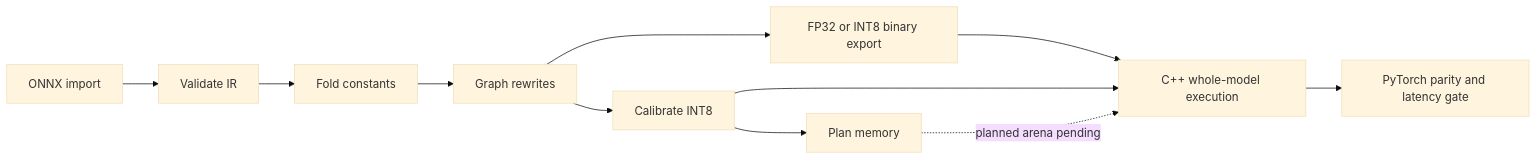
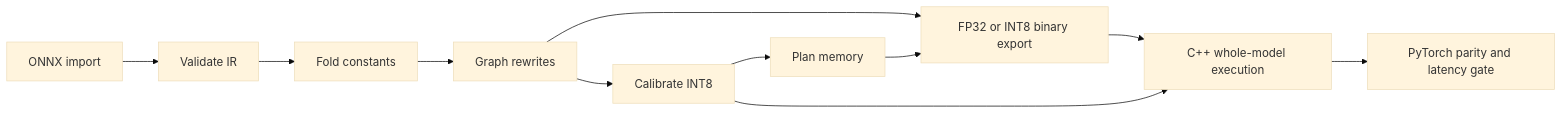
One commit to Nbit-51/Leaf changed the second of 2 diagrams in README.md. Above: the diagram before and after it, drawn with Mermaid (base theme). The commit also changed other lines of this file and 17 other files, not shown here.

````diff
--- a/README.md
+++ b/README.md
@@ -100,13 +101,13 @@
 ```mermaid
 flowchart LR
     A[ONNX import] --> B[Validate IR]
     B --> C[Fold constants]
     C --> D[Graph rewrites]
     D --> E[Calibrate INT8]
     E --> F[Plan memory]
     D --> G[FP32 or INT8 binary export]
     G --> H[C++ whole-model execution]
     E --> H
-    F -. planned arena pending .-> H
+    F --> G
     H --> I[PyTorch parity and latency gate]
 ```
````
